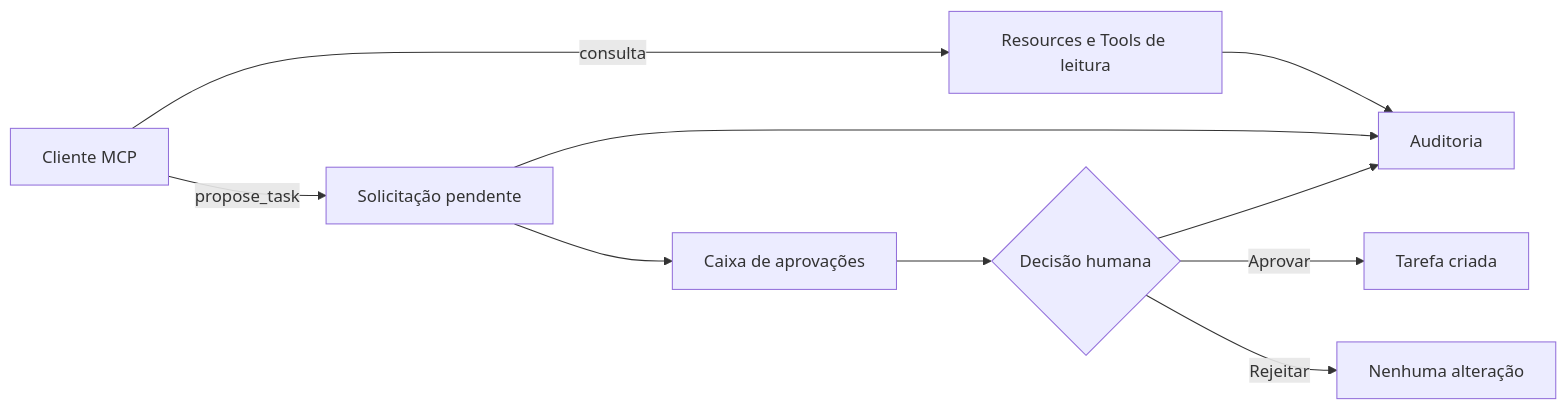
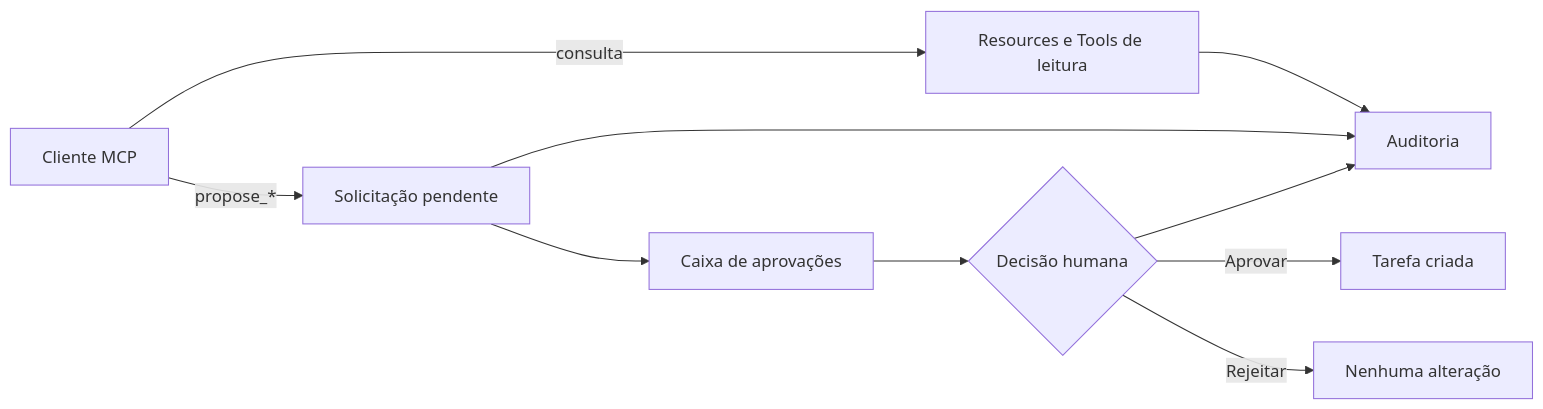
The diagram in README.md (adrianohsnegrao/project-bridge), drawn with Mermaid before and after one commit. The commit also changed other lines of this file and 12 other files, not shown here.

````diff
--- a/README.md
+++ b/README.md
@@ -42,12 +42,12 @@
 ```mermaid
 flowchart LR
     C[Cliente MCP] -->|consulta| R[Resources e Tools de leitura]
-    C -->|propose_task| S[Solicitação pendente]
+    C -->|propose_*| S[Solicitação pendente]
     S --> UI[Caixa de aprovações]
     UI --> D{Decisão humana}
     D -->|Aprovar| T[Tarefa criada]
     D -->|Rejeitar| X[Nenhuma alteração]
     R --> A[Auditoria]
     S --> A
     D --> A
 ```
````
